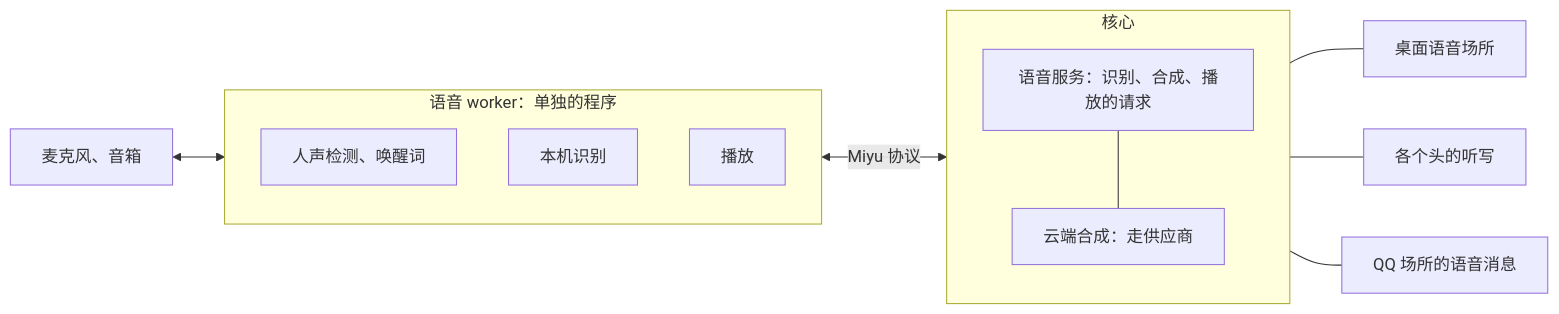
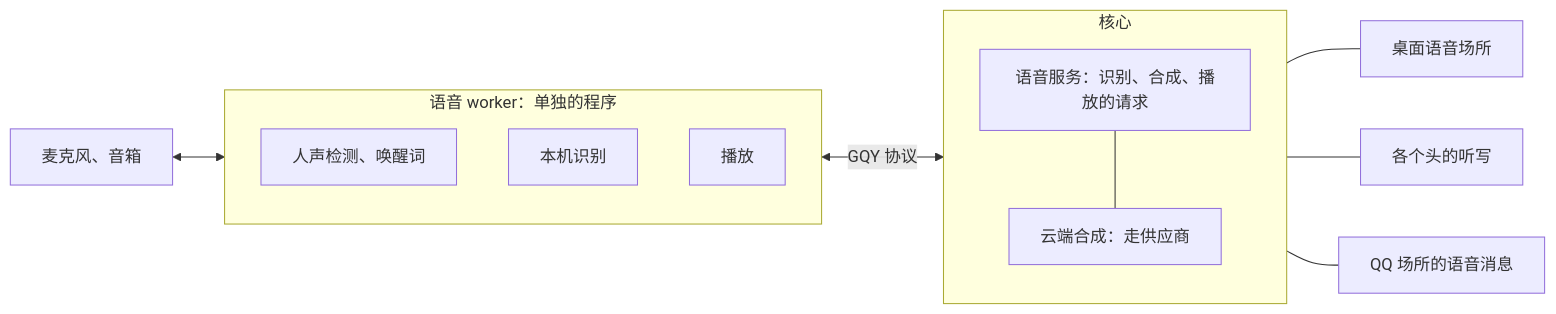
Before and after one commit to yxxbc/GQYv2: the diagram in docs/designs/20-语音.md, drawn with Mermaid. The commit also changed other lines of this file and 531 other files, not shown here.

Commit message:
docs: replace all miyu references with gqy

````diff
--- a/docs/designs/20-语音.md
+++ b/docs/designs/20-语音.md
@@ -26,20 +26,20 @@
 ```mermaid
 flowchart LR
     mic["麦克风、音箱"] <--> worker
     subgraph worker["语音 worker：单独的程序"]
         direction TB
         vad["人声检测、唤醒词"]
         asr["本机识别"]
         play["播放"]
     end
-    worker <-- "Miyu 协议" --> svc
+    worker <-- "GQY 协议" --> svc
     subgraph core["核心"]
         direction TB
         svc["语音服务：识别、合成、播放的请求"]
         tts["云端合成：走供应商"]
         svc --- tts
     end
     svc --- venue["桌面语音场所"]
     svc --- heads["各个头的听写"]
     svc --- qq["QQ 场所的语音消息"]
 ```
````
